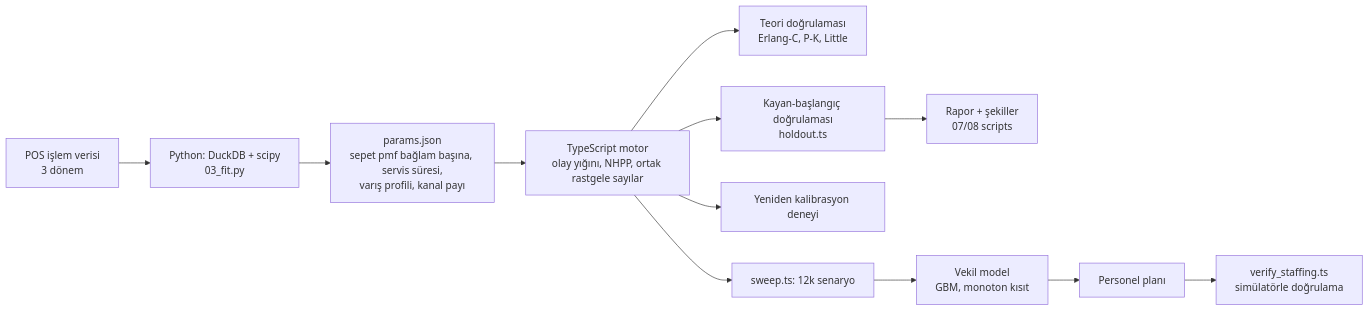
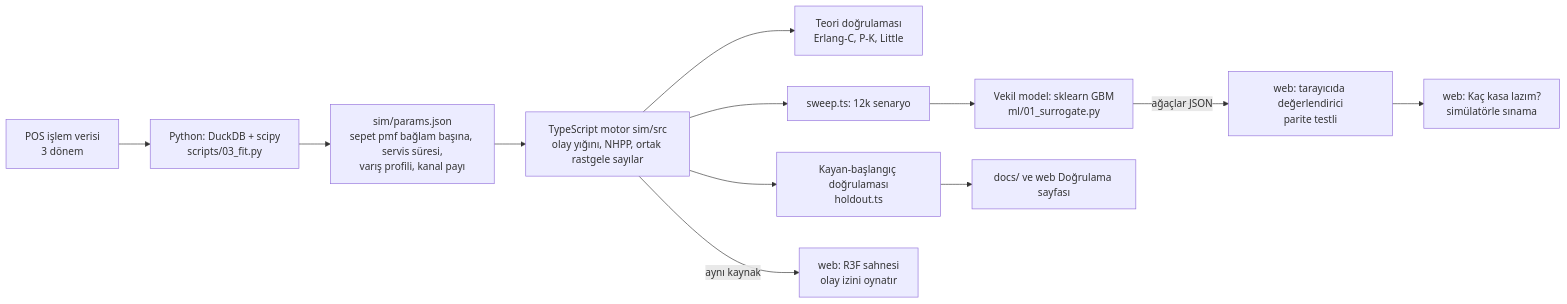
The diagram in README.md (mertkkenarr-dev/market-queue-lab), drawn with Mermaid before and after one commit. The commit also changed other lines of this file and 29 other files, not shown here.

First line of the commit message:
Web: staffing page (surrogate runs in the browser), validation page, CI and repo hygiene

````diff
--- a/README.md
+++ b/README.md
@@ -6,14 +6,14 @@
 ```mermaid
 flowchart LR
-  A[POS işlem verisi<br/>3 dönem] --> B[Python: DuckDB + scipy<br/>03_fit.py]
-  B --> C[params.json<br/>sepet pmf bağlam başına, servis süresi,<br/>varış profili, kanal payı]
-  C --> D[TypeScript motor<br/>olay yığını, NHPP, ortak rastgele sayılar]
+  A[POS işlem verisi<br/>3 dönem] --> B[Python: DuckDB + scipy<br/>scripts/03_fit.py]
+  B --> C[sim/params.json<br/>sepet pmf bağlam başına, servis süresi,<br/>varış profili, kanal payı]
+  C --> D[TypeScript motor sim/src<br/>olay yığını, NHPP, ortak rastgele sayılar]
   D --> E[Teori doğrulaması<br/>Erlang-C, P-K, Little]
   D --> F[Kayan-başlangıç doğrulaması<br/>holdout.ts]
-  F --> G[Rapor + şekiller<br/>07/08 scripts]
-  D --> H[Yeniden kalibrasyon deneyi]
   D --> I[sweep.ts: 12k senaryo]
-  I --> J[Vekil model<br/>GBM, monoton kısıt]
-  J --> K[Personel planı]
-  K --> L[verify_staffing.ts<br/>simülatörle doğrulama]
+  I --> J[Vekil model: sklearn GBM<br/>ml/01_surrogate.py]
+  J -->|ağaçlar JSON| K[web: tarayıcıda değerlendirici<br/>parite testli]
+  D -->|aynı kaynak| L[web: R3F sahnesi<br/>olay izini oynatır]
+  F --> M[docs/ ve web Doğrulama sayfası]
+  K --> N[web: Kaç kasa lazım?<br/>simülatörle sınama]
 ```
````
